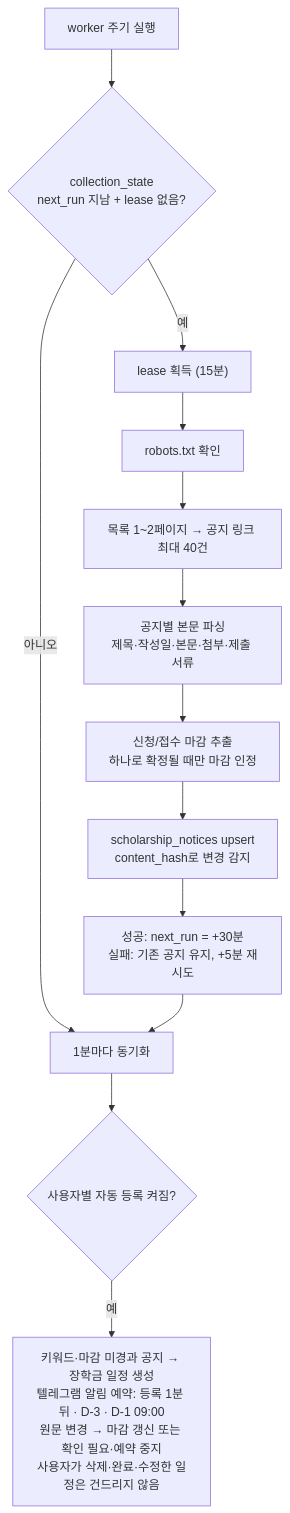
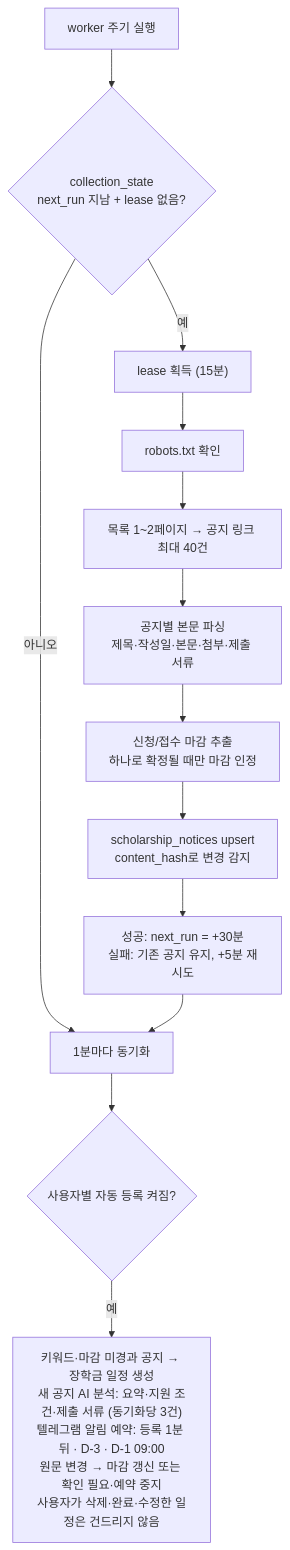
The fourth of 8 diagrams in docs/ARCHITECTURE.md (siu717/ai-builder), drawn with Mermaid before and after one commit. The commit also changed other lines of this file and 2 other files, not shown here.

````diff
--- a/docs/ARCHITECTURE.md
+++ b/docs/ARCHITECTURE.md
@@ -182,15 +182,15 @@
 ```mermaid
 flowchart TD
   A["worker 주기 실행"] --> B{"collection_state<br/>next_run 지남 + lease 없음?"}
   B -- 아니오 --> S
   B -- 예 --> C["lease 획득 (15분)"]
   C --> D["robots.txt 확인"]
   D --> E["목록 1~2페이지 → 공지 링크 최대 40건"]
   E --> F["공지별 본문 파싱<br/>제목·작성일·본문·첨부·제출 서류"]
   F --> G["신청/접수 마감 추출<br/>하나로 확정될 때만 마감 인정"]
   G --> H["scholarship_notices upsert<br/>content_hash로 변경 감지"]
   H --> I["성공: next_run = +30분<br/>실패: 기존 공지 유지, +5분 재시도"]
   I --> S["1분마다 동기화"]
   S --> J{"사용자별 자동 등록 켜짐?"}
-  J -- 예 --> K["키워드·마감 미경과 공지 → 장학금 일정 생성<br/>텔레그램 알림 예약: 등록 1분 뒤 · D-3 · D-1 09:00<br/>원문 변경 → 마감 갱신 또는 확인 필요·예약 중지<br/>사용자가 삭제·완료·수정한 일정은 건드리지 않음"]
+  J -- 예 --> K["키워드·마감 미경과 공지 → 장학금 일정 생성<br/>새 공지 AI 분석: 요약·지원 조건·제출 서류 (동기화당 3건)<br/>텔레그램 알림 예약: 등록 1분 뒤 · D-3 · D-1 09:00<br/>원문 변경 → 마감 갱신 또는 확인 필요·예약 중지<br/>사용자가 삭제·완료·수정한 일정은 건드리지 않음"]
 ```
````
